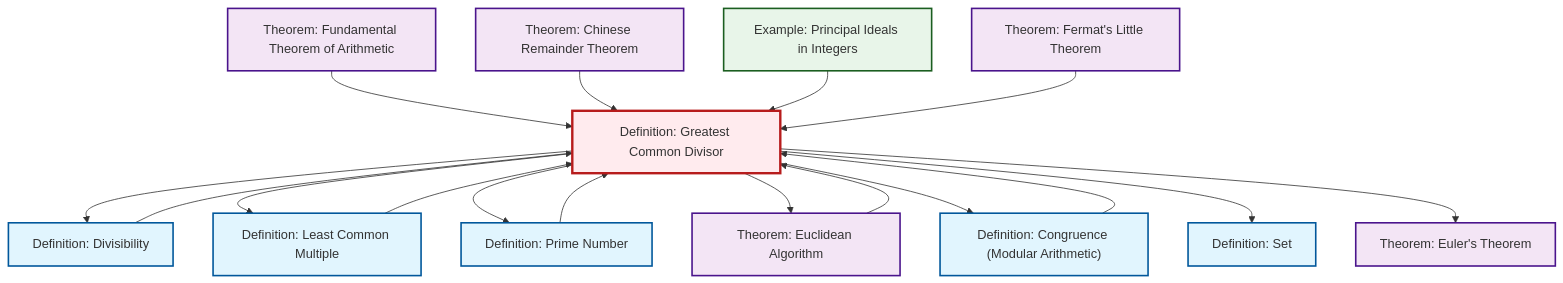
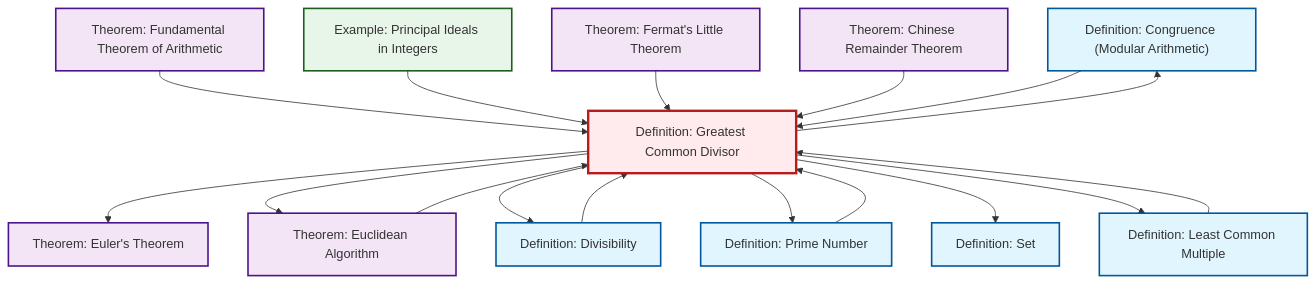
The second of 2 diagrams in content/en/number-theory/def-gcd.qmd (RK0429/ModernMath), drawn with Mermaid before and after one commit. The commit also changed other lines of this file and 1069 other files, not shown here.

````diff
--- a/content/en/number-theory/def-gcd.qmd
+++ b/content/en/number-theory/def-gcd.qmd
@@ -93,49 +93,49 @@
 ```{mermaid}
 %%| fig-cap: "Local dependency graph"
 graph TD
     classDef definition fill:#e1f5fe,stroke:#01579b,stroke-width:2px
     classDef theorem fill:#f3e5f5,stroke:#4a148c,stroke-width:2px
     classDef axiom fill:#fff3e0,stroke:#e65100,stroke-width:2px
     classDef example fill:#e8f5e9,stroke:#1b5e20,stroke-width:2px
     classDef current fill:#ffebee,stroke:#b71c1c,stroke-width:3px
+    def-congruence["Definition: Congruence (Modular Arithmetic)"]:::definition
+    def-divisibility["Definition: Divisibility"]:::definition
+    def-set["Definition: Set"]:::definition
+    thm-fundamental-arithmetic["Theorem: Fundamental Theorem of Arithmetic"]:::theorem
+    thm-euclidean-algorithm["Theorem: Euclidean Algorithm"]:::theorem
+    thm-euler["Theorem: Euler's Theorem"]:::theorem
     thm-chinese-remainder["Theorem: Chinese Remainder Theorem"]:::theorem
-    def-set["Definition: Set"]:::definition
     thm-fermat-little["Theorem: Fermat's Little Theorem"]:::theorem
-    thm-euclidean-algorithm["Theorem: Euclidean Algorithm"]:::theorem
+    ex-principal-ideal["Example: Principal Ideals in Integers"]:::example
     def-gcd["Definition: Greatest Common Divisor"]:::definition
-    def-divisibility["Definition: Divisibility"]:::definition
-    thm-fundamental-arithmetic["Theorem: Fundamental Theorem of Arithmetic"]:::theorem
     def-lcm["Definition: Least Common Multiple"]:::definition
-    thm-euler["Theorem: Euler's Theorem"]:::theorem
-    ex-principal-ideal["Example: Principal Ideals in Integers"]:::example
     def-prime["Definition: Prime Number"]:::definition
-    def-congruence["Definition: Congruence (Modular Arithmetic)"]:::definition
+    def-gcd --> thm-euler
+    thm-fundamental-arithmetic --> def-gcd
+    ex-principal-ideal --> def-gcd
+    thm-fermat-little --> def-gcd
+    def-gcd --> thm-euclidean-algorithm
     def-gcd --> def-divisibility
+    def-lcm --> def-gcd
+    def-gcd --> def-prime
+    thm-chinese-remainder --> def-gcd
+    def-gcd --> def-set
+    thm-euclidean-algorithm --> def-gcd
+    def-gcd --> def-congruence
+    def-prime --> def-gcd
+    def-congruence --> def-gcd
     def-gcd --> def-lcm
-    def-gcd --> def-prime
-    def-gcd --> thm-euclidean-algorithm
-    thm-euclidean-algorithm --> def-gcd
-    def-congruence --> def-gcd
-    def-gcd --> def-congruence
-    def-lcm --> def-gcd
-    def-prime --> def-gcd
-    def-gcd --> def-set
-    thm-fundamental-arithmetic --> def-gcd
-    thm-chinese-remainder --> def-gcd
-    ex-principal-ideal --> def-gcd
-    def-gcd --> thm-euler
     def-divisibility --> def-gcd
-    thm-fermat-little --> def-gcd
     class def-gcd current
+    click def-congruence "def-congruence.html" "Go to Congruence (Modular Arithmetic) definition"
+    click def-divisibility "def-divisibility.html" "Go to Divisibility definition"
+    click def-set "def-set.html" "Go to Set definition"
+    click thm-fundamental-arithmetic "thm-fundamental-arithmetic.html" "Go to Fundamental Theorem of Arithmetic theorem"
+    click thm-euclidean-algorithm "thm-euclidean-algorithm.html" "Go to Euclidean Algorithm theorem"
+    click thm-euler "thm-euler.html" "Go to Euler's Theorem theorem"
     click thm-chinese-remainder "thm-chinese-remainder.html" "Go to Chinese Remainder Theorem theorem"
-    click def-set "def-set.html" "Go to Set definition"
     click thm-fermat-little "thm-fermat-little.html" "Go to Fermat's Little Theorem theorem"
-    click thm-euclidean-algorithm "thm-euclidean-algorithm.html" "Go to Euclidean Algorithm theorem"
-    click def-divisibility "def-divisibility.html" "Go to Divisibility definition"
-    click thm-fundamental-arithmetic "thm-fundamental-arithmetic.html" "Go to Fundamental Theorem of Arithmetic theorem"
+    click ex-principal-ideal "ex-principal-ideal.html" "Go to Principal Ideals in Integers example"
     click def-lcm "def-lcm.html" "Go to Least Common Multiple definition"
-    click thm-euler "thm-euler.html" "Go to Euler's Theorem theorem"
-    click ex-principal-ideal "ex-principal-ideal.html" "Go to Principal Ideals in Integers example"
     click def-prime "def-prime.html" "Go to Prime Number definition"
-    click def-congruence "def-congruence.html" "Go to Congruence (Modular Arithmetic) definition"
 ```
````
